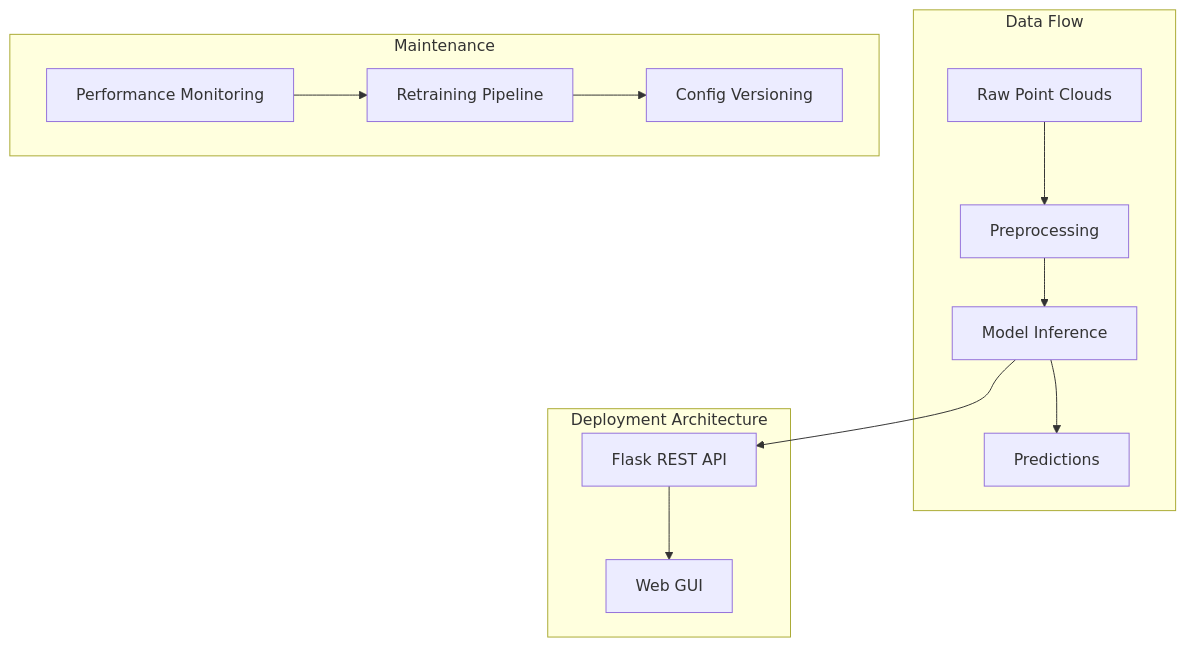
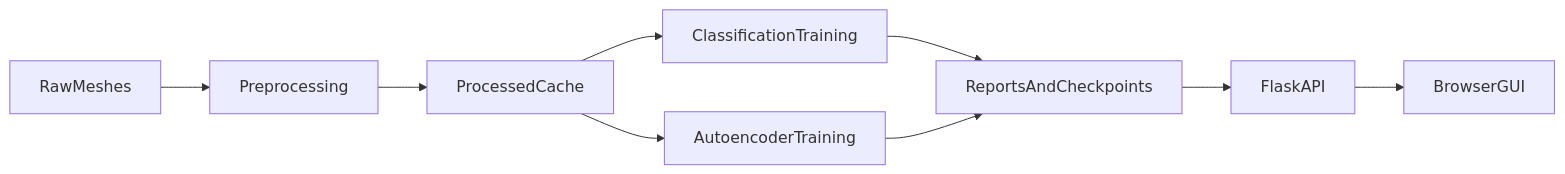
Before and after one commit to eason034056/432-deep-learning-final-project: the diagram in docs/MODEL_OPS.md, drawn with Mermaid. The commit also changed other lines of this file and 34 other files, not shown here.

First line of the commit message:
Refactor project scope and update documentation for point cloud training platform

````diff
--- a/docs/MODEL_OPS.md
+++ b/docs/MODEL_OPS.md
@@ -51,23 +8,11 @@
 ```mermaid
-flowchart TB
-    subgraph DataFlow [Data Flow]
-        Raw[Raw Point Clouds] --> Preprocess[Preprocessing]
-        Preprocess --> Model[Model Inference]
-        Model --> Output[Predictions]
-    end
-    
-    subgraph Deployment [Deployment Architecture]
-        API[Flask REST API]
-        GUI[Web GUI]
-        Model --> API
-        API --> GUI
-    end
-    
-    subgraph Maintenance [Maintenance]
-        Monitor[Performance Monitoring]
-        Retrain[Retraining Pipeline]
-        Config[Config Versioning]
-        Monitor --> Retrain
-        Retrain --> Config
-    end
+flowchart LR
+    rawMeshes[RawMeshes] --> preprocess[Preprocessing]
+    preprocess --> processedCache[ProcessedCache]
+    processedCache --> classification[ClassificationTraining]
+    processedCache --> autoencoder[AutoencoderTraining]
+    classification --> reports[ReportsAndCheckpoints]
+    autoencoder --> reports
+    reports --> api[FlaskAPI]
+    api --> gui[BrowserGUI]
 ```
````
